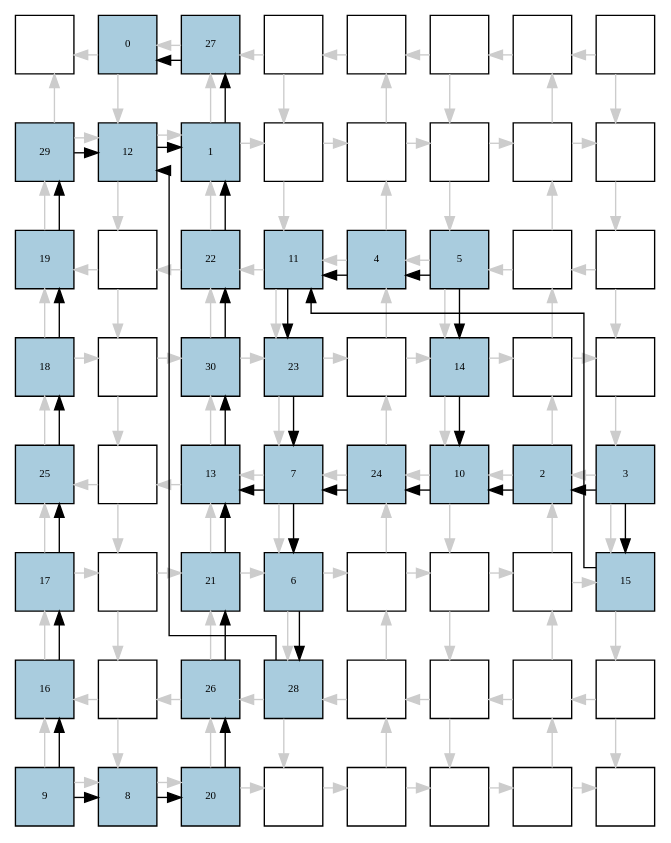
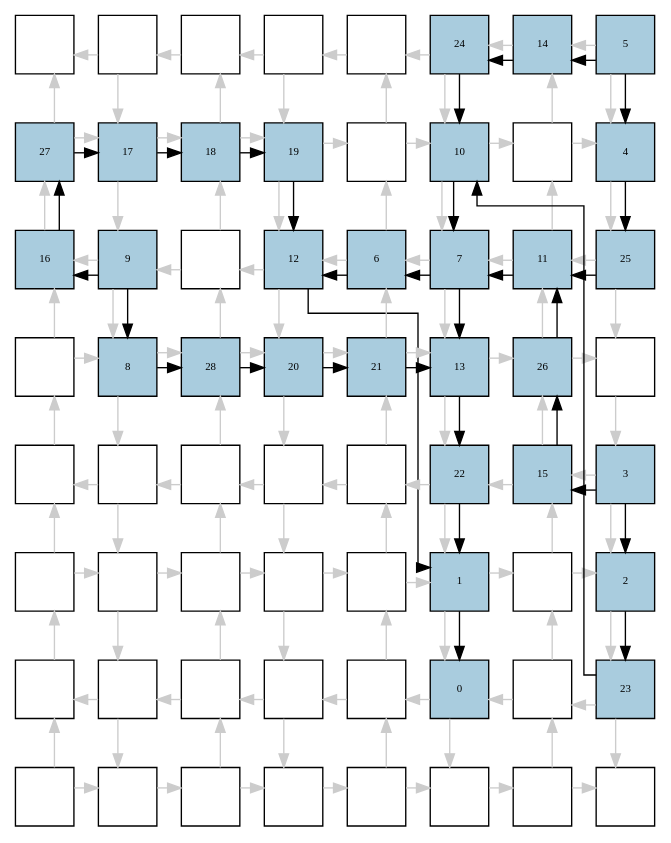
The diagram in reports/qca/yott/dot/par_gen_inverted_3.dot (jeronimopenha/PeR), drawn with Graphviz before and after one commit. The commit also changed 558 other files, not shown here.

```diff
--- a/reports/qca/yott/dot/par_gen_inverted_3.dot
+++ b/reports/qca/yott/dot/par_gen_inverted_3.dot
@@ -5,64 +5,64 @@
 
 node [style=filled shape=square fixedsize=true width=0.6];
 0[label="", fontsize=8, fillcolor="#ffffff"];
-1[label="0", fontsize=8, fillcolor="#a9ccde"];
-2[label="27", fontsize=8, fillcolor="#a9ccde"];
+1[label="", fontsize=8, fillcolor="#ffffff"];
+2[label="", fontsize=8, fillcolor="#ffffff"];
 3[label="", fontsize=8, fillcolor="#ffffff"];
 4[label="", fontsize=8, fillcolor="#ffffff"];
-5[label="", fontsize=8, fillcolor="#ffffff"];
-6[label="", fontsize=8, fillcolor="#ffffff"];
-7[label="", fontsize=8, fillcolor="#ffffff"];
-8[label="29", fontsize=8, fillcolor="#a9ccde"];
-9[label="12", fontsize=8, fillcolor="#a9ccde"];
-10[label="1", fontsize=8, fillcolor="#a9ccde"];
-11[label="", fontsize=8, fillcolor="#ffffff"];
+5[label="24", fontsize=8, fillcolor="#a9ccde"];
+6[label="14", fontsize=8, fillcolor="#a9ccde"];
+7[label="5", fontsize=8, fillcolor="#a9ccde"];
+8[label="27", fontsize=8, fillcolor="#a9ccde"];
+9[label="17", fontsize=8, fillcolor="#a9ccde"];
+10[label="18", fontsize=8, fillcolor="#a9ccde"];
+11[label="19", fontsize=8, fillcolor="#a9ccde"];
 12[label="", fontsize=8, fillcolor="#ffffff"];
-13[label="", fontsize=8, fillcolor="#ffffff"];
+13[label="10", fontsize=8, fillcolor="#a9ccde"];
 14[label="", fontsize=8, fillcolor="#ffffff"];
-15[label="", fontsize=8, fillcolor="#ffffff"];
-16[label="19", fontsize=8, fillcolor="#a9ccde"];
-17[label="", fontsize=8, fillcolor="#ffffff"];
-18[label="22", fontsize=8, fillcolor="#a9ccde"];
-19[label="11", fontsize=8, fillcolor="#a9ccde"];
-20[label="4", fontsize=8, fillcolor="#a9ccde"];
-21[label="5", fontsize=8, fillcolor="#a9ccde"];
-22[label="", fontsize=8, fillcolor="#ffffff"];
-23[label="", fontsize=8, fillcolor="#ffffff"];
-24[label="18", fontsize=8, fillcolor="#a9ccde"];
-25[label="", fontsize=8, fillcolor="#ffffff"];
-26[label="30", fontsize=8, fillcolor="#a9ccde"];
-27[label="23", fontsize=8, fillcolor="#a9ccde"];
-28[label="", fontsize=8, fillcolor="#ffffff"];
-29[label="14", fontsize=8, fillcolor="#a9ccde"];
-30[label="", fontsize=8, fillcolor="#ffffff"];
+15[label="4", fontsize=8, fillcolor="#a9ccde"];
+16[label="16", fontsize=8, fillcolor="#a9ccde"];
+17[label="9", fontsize=8, fillcolor="#a9ccde"];
+18[label="", fontsize=8, fillcolor="#ffffff"];
+19[label="12", fontsize=8, fillcolor="#a9ccde"];
+20[label="6", fontsize=8, fillcolor="#a9ccde"];
+21[label="7", fontsize=8, fillcolor="#a9ccde"];
+22[label="11", fontsize=8, fillcolor="#a9ccde"];
+23[label="25", fontsize=8, fillcolor="#a9ccde"];
+24[label="", fontsize=8, fillcolor="#ffffff"];
+25[label="8", fontsize=8, fillcolor="#a9ccde"];
+26[label="28", fontsize=8, fillcolor="#a9ccde"];
+27[label="20", fontsize=8, fillcolor="#a9ccde"];
+28[label="21", fontsize=8, fillcolor="#a9ccde"];
+29[label="13", fontsize=8, fillcolor="#a9ccde"];
+30[label="26", fontsize=8, fillcolor="#a9ccde"];
 31[label="", fontsize=8, fillcolor="#ffffff"];
-32[label="25", fontsize=8, fillcolor="#a9ccde"];
+32[label="", fontsize=8, fillcolor="#ffffff"];
 33[label="", fontsize=8, fillcolor="#ffffff"];
-34[label="13", fontsize=8, fillcolor="#a9ccde"];
-35[label="7", fontsize=8, fillcolor="#a9ccde"];
-36[label="24", fontsize=8, fillcolor="#a9ccde"];
-37[label="10", fontsize=8, fillcolor="#a9ccde"];
-38[label="2", fontsize=8, fillcolor="#a9ccde"];
+34[label="", fontsize=8, fillcolor="#ffffff"];
+35[label="", fontsize=8, fillcolor="#ffffff"];
+36[label="", fontsize=8, fillcolor="#ffffff"];
+37[label="22", fontsize=8, fillcolor="#a9ccde"];
+38[label="15", fontsize=8, fillcolor="#a9ccde"];
 39[label="3", fontsize=8, fillcolor="#a9ccde"];
-40[label="17", fontsize=8, fillcolor="#a9ccde"];
+40[label="", fontsize=8, fillcolor="#ffffff"];
 41[label="", fontsize=8, fillcolor="#ffffff"];
-42[label="21", fontsize=8, fillcolor="#a9ccde"];
-43[label="6", fontsize=8, fillcolor="#a9ccde"];
+42[label="", fontsize=8, fillcolor="#ffffff"];
+43[label="", fontsize=8, fillcolor="#ffffff"];
 44[label="", fontsize=8, fillcolor="#ffffff"];
-45[label="", fontsize=8, fillcolor="#ffffff"];
+45[label="1", fontsize=8, fillcolor="#a9ccde"];
 46[label="", fontsize=8, fillcolor="#ffffff"];
-47[label="15", fontsize=8, fillcolor="#a9ccde"];
-48[label="16", fontsize=8, fillcolor="#a9ccde"];
+47[label="2", fontsize=8, fillcolor="#a9ccde"];
+48[label="", fontsize=8, fillcolor="#ffffff"];
 49[label="", fontsize=8, fillcolor="#ffffff"];
-50[label="26", fontsize=8, fillcolor="#a9ccde"];
-51[label="28", fontsize=8, fillcolor="#a9ccde"];
+50[label="", fontsize=8, fillcolor="#ffffff"];
+51[label="", fontsize=8, fillcolor="#ffffff"];
 52[label="", fontsize=8, fillcolor="#ffffff"];
-53[label="", fontsize=8, fillcolor="#ffffff"];
+53[label="0", fontsize=8, fillcolor="#a9ccde"];
 54[label="", fontsize=8, fillcolor="#ffffff"];
-55[label="", fontsize=8, fillcolor="#ffffff"];
-56[label="9", fontsize=8, fillcolor="#a9ccde"];
-57[label="8", fontsize=8, fillcolor="#a9ccde"];
-58[label="20", fontsize=8, fillcolor="#a9ccde"];
+55[label="23", fontsize=8, fillcolor="#a9ccde"];
+56[label="", fontsize=8, fillcolor="#ffffff"];
+57[label="", fontsize=8, fillcolor="#ffffff"];
+58[label="", fontsize=8, fillcolor="#ffffff"];
 59[label="", fontsize=8, fillcolor="#ffffff"];
 60[label="", fontsize=8, fillcolor="#ffffff"];
 61[label="", fontsize=8, fillcolor="#ffffff"];
@@ -181,40 +181,38 @@
 61 -> 62 [color="#cccccc"];
 62 -> 63 [color="#cccccc"];
 62 -> 54 [color="#cccccc"];
+39 -> 47;
+7 -> 15;
+21 -> 20;
+17 -> 25;
+47 -> 55;
+55 -> 13;
+7 -> 6;
+6 -> 5;
+5 -> 13;
+15 -> 23;
+23 -> 22;
 39 -> 38;
-21 -> 20;
-35 -> 43;
-56 -> 57;
-38 -> 37;
+38 -> 30;
+30 -> 22;
+22 -> 21;
+13 -> 21;
+20 -> 19;
+17 -> 16;
+16 -> 8;
+8 -> 9;
+9 -> 10;
+10 -> 11;
+11 -> 19;
+45 -> 53;
+25 -> 26;
+26 -> 27;
+27 -> 28;
+28 -> 29;
 21 -> 29;
 29 -> 37;
-20 -> 19;
-39 -> 47;
-47 -> 19;
-19 -> 27;
-27 -> 35;
-37 -> 36;
-36 -> 35;
-43 -> 51;
-51 -> 9;
-56 -> 48;
-48 -> 40;
-40 -> 32;
-32 -> 24;
-24 -> 16;
-16 -> 8;
-8 -> 9;
-10 -> 2;
-2 -> 1;
-57 -> 58;
-58 -> 50;
-50 -> 42;
-42 -> 34;
-35 -> 34;
-34 -> 26;
-26 -> 18;
-18 -> 10;
-9 -> 10;
+37 -> 45;
+19 -> 45;
 edge [constraint=true, style=invis];
 0 -> 8 -> 16 -> 24 -> 32 -> 40 -> 48 -> 56;
 1 -> 9 -> 17 -> 25 -> 33 -> 41 -> 49 -> 57;
```
